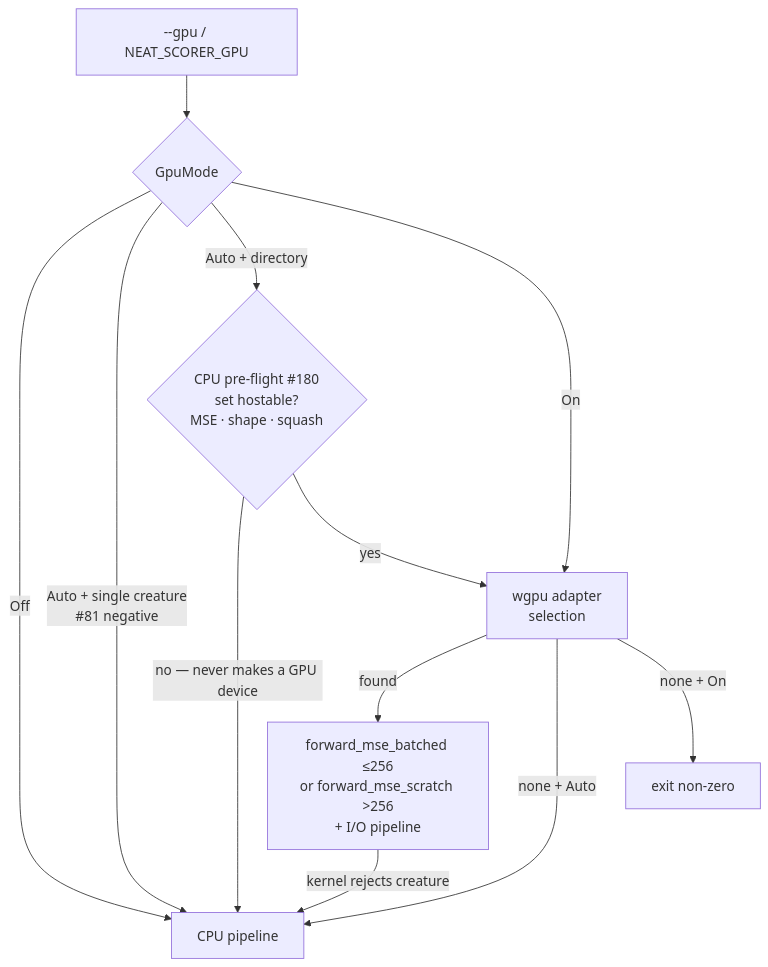
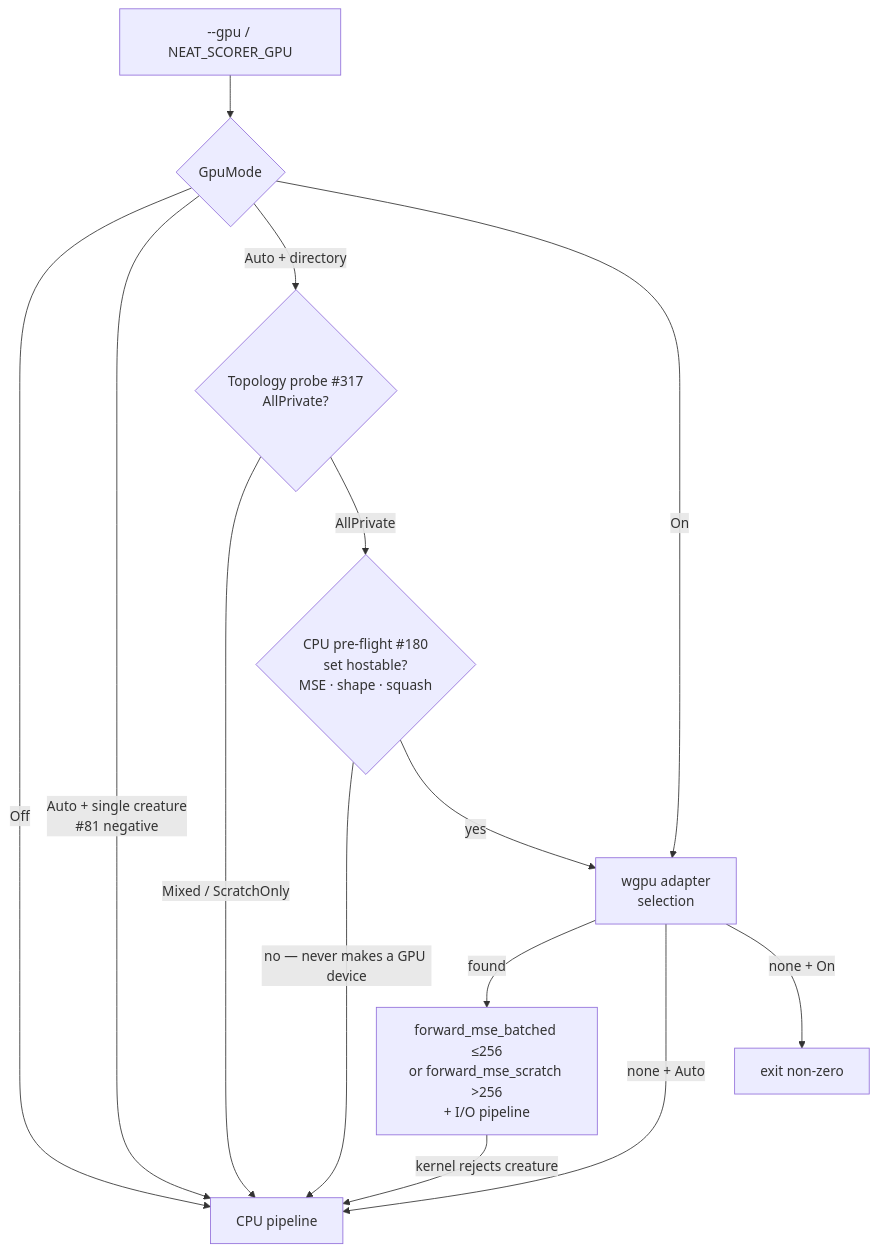
One commit to stSoftwareAU/NEAT-AI-scorer changed the second of 11 diagrams in README.md. Above: the diagram before and after it, drawn with Mermaid. The commit also changed other lines of this file and 10 other files, not shown here.

First line of the commit message:
Route GRQ-scale directory scoring to CPU under auto (Issue #317) (#317)

````diff
--- a/README.md
+++ b/README.md
@@ -138,14 +138,16 @@
 ```mermaid
 flowchart TD
     CLI[--gpu / NEAT_SCORER_GPU] --> Mode{GpuMode}
     Mode -->|Off| CPU[CPU pipeline]
     Mode -->|Auto + single creature<br/>#81 negative| CPU
-    Mode -->|Auto + directory| Preflight{CPU pre-flight #180<br/>set hostable?<br/>MSE · shape · squash}
+    Mode -->|Auto + directory| Topo{Topology probe #317<br/>AllPrivate?}
+    Topo -->|Mixed / ScratchOnly| CPU
+    Topo -->|AllPrivate| Preflight{CPU pre-flight #180<br/>set hostable?<br/>MSE · shape · squash}
     Mode -->|On| Adapter[wgpu adapter<br/>selection]
     Preflight -->|no — never makes a GPU device| CPU
     Preflight -->|yes| Adapter
     Adapter -->|found| GPUKernel[forward_mse_batched ≤256<br/>or forward_mse_scratch >256<br/>+ I/O pipeline]
     Adapter -->|none + Auto| CPU
     Adapter -->|none + On| Err[exit non-zero]
     GPUKernel -->|kernel rejects creature| CPU
 ```
````
